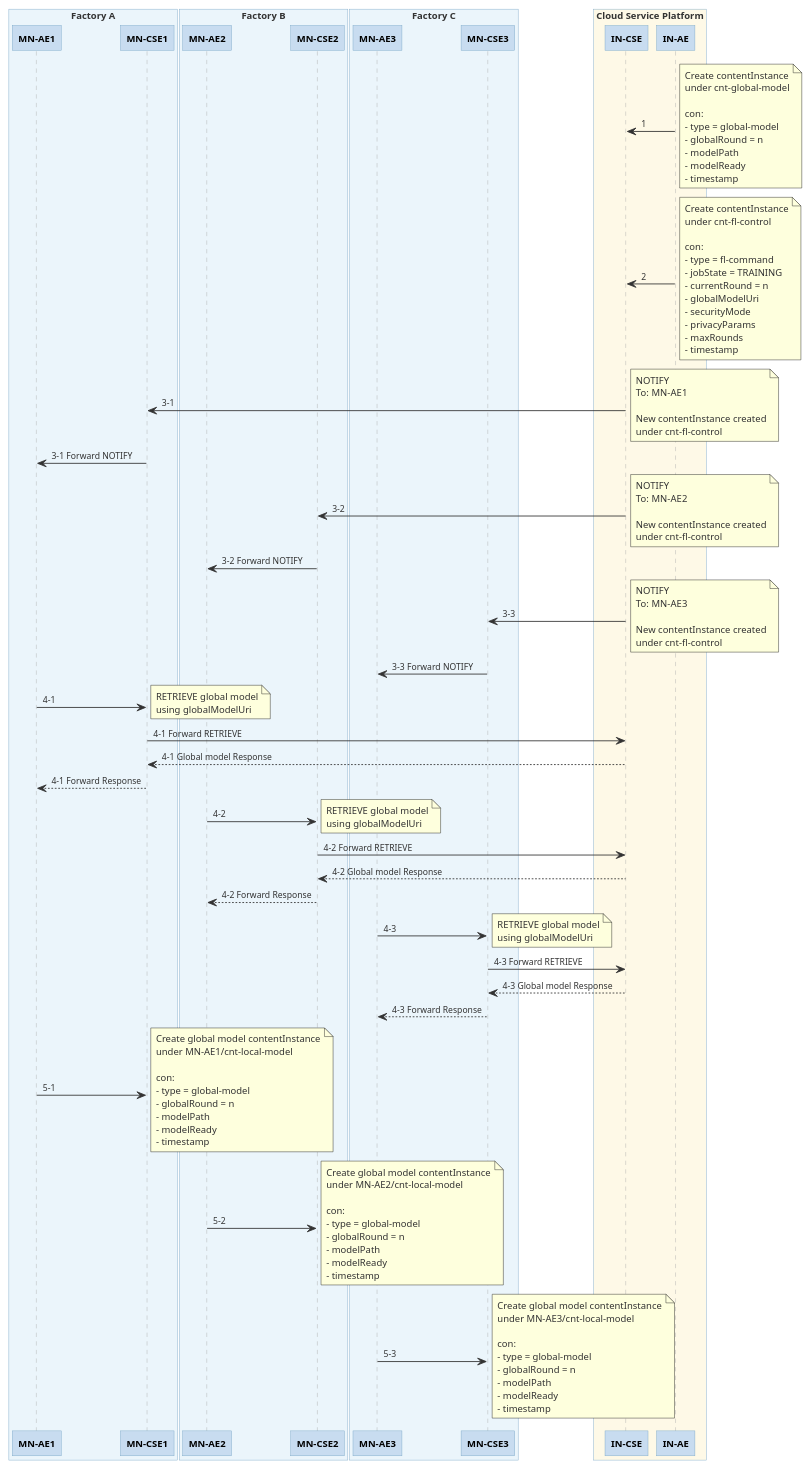
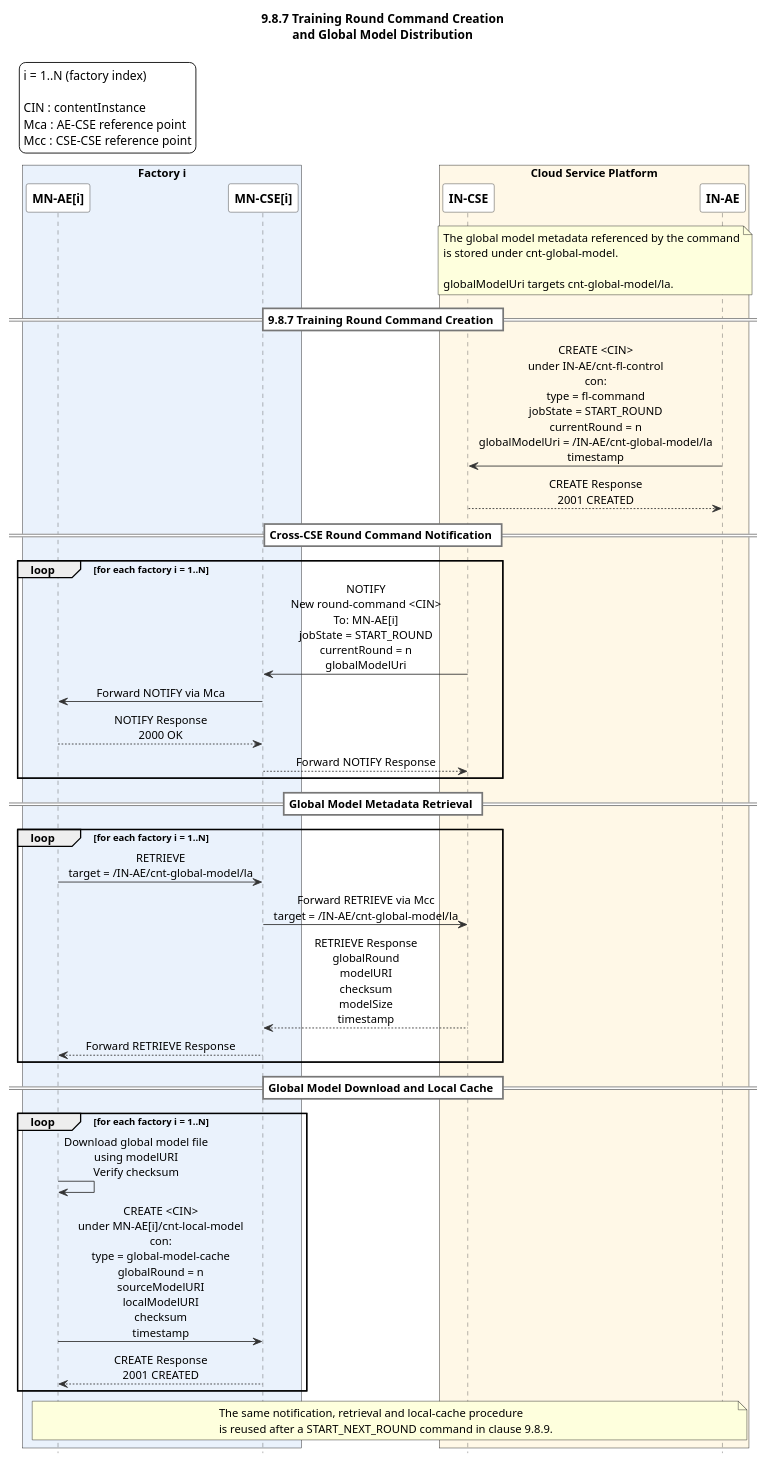
One commit to Kangjiyun1234/FL changed the diagram in FL-diagrams/fig_global_distribution.puml. Above: the diagram before and after it, drawn with PlantUML. The commit also changed 9 other files, not shown here.

Commit message:
docs: oneM2M FL 절차 다이어그램 구조 및 표기 정리

```diff
--- a/FL-diagrams/fig_global_distribution.puml
+++ b/FL-diagrams/fig_global_distribution.puml
@@ -1,199 +1,99 @@
-@startuml fig_global_distribution
+@startuml
+title 9.8.7 Training Round Command Creation\nand Global Model Distribution
 
-skinparam roundCorner 0
-skinparam DefaultFontName Arial
-skinparam DefaultFontSize 11
-skinparam DefaultFontColor #333333
-skinparam DefaultFontStyle plain
+hide footbox
+
+skinparam backgroundColor white
+skinparam shadowing false
+skinparam defaultFontName Arial
+skinparam sequenceMessageAlign center
 
 skinparam sequence {
-    ParticipantBackgroundColor #C8DCF0
-    ParticipantFontName Arial
-    ParticipantFontColor black
-    ParticipantBorderColor #7BA7C7
-    ParticipantFontSize 11
+    ArrowColor #333333
+    LifeLineBorderColor #555555
+    LifeLineBackgroundColor white
+    ParticipantBorderColor #333333
+    ParticipantBackgroundColor white
     ParticipantFontStyle bold
-
-    ArrowColor #333333
-    ArrowFontName Arial
-    ArrowFontSize 10
-    ArrowFontColor #333333
-    ArrowFontStyle plain
-
-    LifeLineBorderColor #AAAAAA
-
-    ActivationBorderColor #7BA7C7
-    ActivationBackgroundColor #C8DCF0
-
-    NoteBackgroundColor #D6EAF8
-    NoteBorderColor #7BA7C7
-    NoteFontName Arial
-    NoteFontSize 10
-    NoteFontColor #333333
-    NoteFontStyle plain
-
-    BoxBackgroundColor #EEF5FB
-    BoxBorderColor #7BA7C7
-    BoxFontName Arial
-    BoxFontColor #333333
-    BoxFontSize 11
-    BoxFontStyle bold
+    DividerBorderColor #777777
+    DividerBackgroundColor white
+    DividerFontStyle bold
+    NoteBorderColor #777777
+    NoteBackgroundColor #FFFDF5
 }
 
-box "Factory A" #EBF5FB
-    participant "MN-AE1"  as MNAE1
-    participant "MN-CSE1" as MNCSE1
+legend top left
+  i = 1..N (factory index)
+
+  CIN : contentInstance
+  Mca : AE-CSE reference point
+  Mcc : CSE-CSE reference point
+endlegend
+
+box "Factory i" #EAF2FC
+participant "MN-AE[i]" as MNAE
+participant "MN-CSE[i]" as MNCSE
 end box
 
-box "Factory B" #EBF5FB
-    participant "MN-AE2"  as MNAE2
-    participant "MN-CSE2" as MNCSE2
+box "Cloud Service Platform" #FFF8E7
+participant "IN-CSE" as INCSE
+participant "IN-AE" as INAE
 end box
 
-box "Factory C" #EBF5FB
-    participant "MN-AE3"  as MNAE3
-    participant "MN-CSE3" as MNCSE3
-end box
 
-box "Cloud Service Platform" #FEF9E7
-    participant "IN-CSE" as INCSE
-    participant "IN-AE"  as INAE
-end box
+note over INCSE, INAE
+The global model metadata referenced by the command
+is stored under cnt-global-model.
 
-' Step 1
-INAE -> INCSE : 1
-note right
-  Create contentInstance
-  under cnt-global-model
-
-  con:
-  - type = global-model
-  - globalRound = n
-  - modelPath
-  - modelReady
-  - timestamp
+globalModelUri targets cnt-global-model/la.
 end note
 
-' Step 2
-INAE -> INCSE : 2
-note right
-  Create contentInstance
-  under cnt-fl-control
 
-  con:
-  - type = fl-command
-  - jobState = TRAINING
-  - currentRound = n
-  - globalModelUri
-  - securityMode
-  - privacyParams
-  - maxRounds
-  - timestamp
-end note
+== 9.8.7 Training Round Command Creation ==
 
-' Step 3
-INCSE -> MNCSE1 : 3-1
-note right
-  NOTIFY
-  To: MN-AE1
+INAE -> INCSE : CREATE <CIN>\nunder IN-AE/cnt-fl-control\ncon:\ntype = fl-command\njobState = START_ROUND\ncurrentRound = n\nglobalModelUri = /IN-AE/cnt-global-model/la\ntimestamp
 
-  New contentInstance created
-  under cnt-fl-control
-end note
+INCSE --> INAE : CREATE Response\n2001 CREATED
 
-MNCSE1 -> MNAE1 : 3-1 Forward NOTIFY
 
-INCSE -> MNCSE2 : 3-2
-note right
-  NOTIFY
-  To: MN-AE2
+== Cross-CSE Round Command Notification ==
 
-  New contentInstance created
-  under cnt-fl-control
-end note
+loop for each factory i = 1..N
+    INCSE -> MNCSE : NOTIFY\nNew round-command <CIN>\nTo: MN-AE[i]\njobState = START_ROUND\ncurrentRound = n\nglobalModelUri
 
-MNCSE2 -> MNAE2 : 3-2 Forward NOTIFY
+    MNCSE -> MNAE : Forward NOTIFY via Mca
 
-INCSE -> MNCSE3 : 3-3
-note right
-  NOTIFY
-  To: MN-AE3
+    MNAE --> MNCSE : NOTIFY Response\n2000 OK
+    MNCSE --> INCSE : Forward NOTIFY Response
+end
 
-  New contentInstance created
-  under cnt-fl-control
-end note
 
-MNCSE3 -> MNAE3 : 3-3 Forward NOTIFY
+== Global Model Metadata Retrieval ==
 
-' Step 4
-MNAE1 -> MNCSE1 : 4-1
-note right
-  RETRIEVE global model
-  using globalModelUri
-end note
+loop for each factory i = 1..N
+    MNAE -> MNCSE : RETRIEVE\ntarget = /IN-AE/cnt-global-model/la
 
-MNCSE1 -> INCSE : 4-1 Forward RETRIEVE
-INCSE --> MNCSE1 : 4-1 Global model Response
-MNCSE1 --> MNAE1 : 4-1 Forward Response
+    MNCSE -> INCSE : Forward RETRIEVE via Mcc\ntarget = /IN-AE/cnt-global-model/la
 
-MNAE2 -> MNCSE2 : 4-2
-note right
-  RETRIEVE global model
-  using globalModelUri
-end note
+    INCSE --> MNCSE : RETRIEVE Response\nglobalRound\nmodelURI\nchecksum\nmodelSize\ntimestamp
 
-MNCSE2 -> INCSE : 4-2 Forward RETRIEVE
-INCSE --> MNCSE2 : 4-2 Global model Response
-MNCSE2 --> MNAE2 : 4-2 Forward Response
+    MNCSE --> MNAE : Forward RETRIEVE Response
+end
 
-MNAE3 -> MNCSE3 : 4-3
-note right
-  RETRIEVE global model
-  using globalModelUri
-end note
 
-MNCSE3 -> INCSE : 4-3 Forward RETRIEVE
-INCSE --> MNCSE3 : 4-3 Global model Response
-MNCSE3 --> MNAE3 : 4-3 Forward Response
+== Global Model Download and Local Cache ==
 
-' Step 5
-MNAE1 -> MNCSE1 : 5-1
-note right
-  Create global model contentInstance
-  under MN-AE1/cnt-local-model
+loop for each factory i = 1..N
+    MNAE -> MNAE : Download global model file\nusing modelURI\nVerify checksum
 
-  con:
-  - type = global-model
-  - globalRound = n
-  - modelPath
-  - modelReady
-  - timestamp
-end note
+    MNAE -> MNCSE : CREATE <CIN>\nunder MN-AE[i]/cnt-local-model\ncon:\ntype = global-model-cache\nglobalRound = n\nsourceModelURI\nlocalModelURI\nchecksum\ntimestamp
 
-MNAE2 -> MNCSE2 : 5-2
-note right
-  Create global model contentInstance
-  under MN-AE2/cnt-local-model
+    MNCSE --> MNAE : CREATE Response\n2001 CREATED
+end
 
-  con:
-  - type = global-model
-  - globalRound = n
-  - modelPath
-  - modelReady
-  - timestamp
-end note
-
-MNAE3 -> MNCSE3 : 5-3
-note right
-  Create global model contentInstance
-  under MN-AE3/cnt-local-model
-
-  con:
-  - type = global-model
-  - globalRound = n
-  - modelPath
-  - modelReady
-  - timestamp
+note over MNAE, INAE
+The same notification, retrieval and local-cache procedure
+is reused after a START_NEXT_ROUND command in clause 9.8.9.
 end note
 
 @enduml
```
